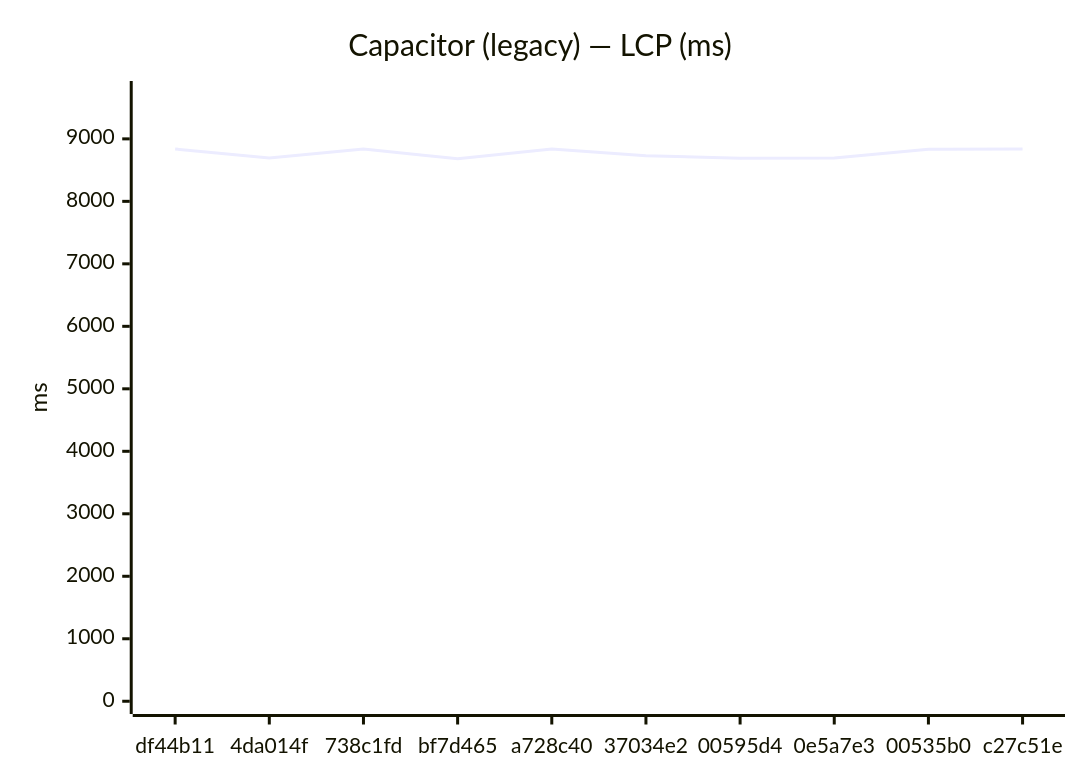
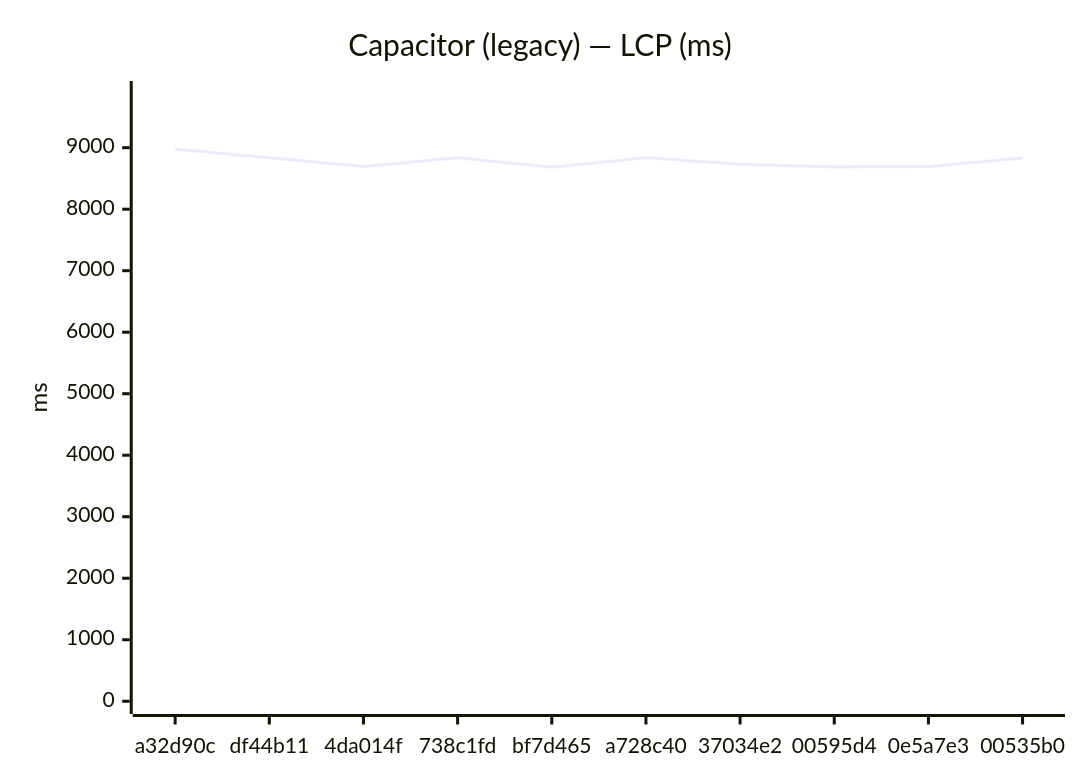
The fifth of 24 diagrams in benchmarks/compare.md (Metaheurist/Rianell), drawn with Mermaid before and after one commit. The commit also changed other lines of this file and 12 other files, not shown here.

````diff
--- a/benchmarks/compare.md
+++ b/benchmarks/compare.md
@@ -84,7 +84,7 @@
 ```mermaid
 xychart-beta
     title "Capacitor (legacy) — LCP (ms)"
-    x-axis ["df44b11", "4da014f", "738c1fd", "bf7d465", "a728c40", "37034e2", "00595d4", "0e5a7e3", "00535b0", "c27c51e"]
-    y-axis "ms" 0 --> 9722
-    line [8838, 8693, 8838, 8681, 8837, 8731, 8688, 8693, 8834, 8838]
+    x-axis ["a32d90c", "df44b11", "4da014f", "738c1fd", "bf7d465", "a728c40", "37034e2", "00595d4", "0e5a7e3", "00535b0"]
+    y-axis "ms" 0 --> 9877
+    line [8979, 8838, 8693, 8838, 8681, 8837, 8731, 8688, 8693, 8834]
 ```
````
